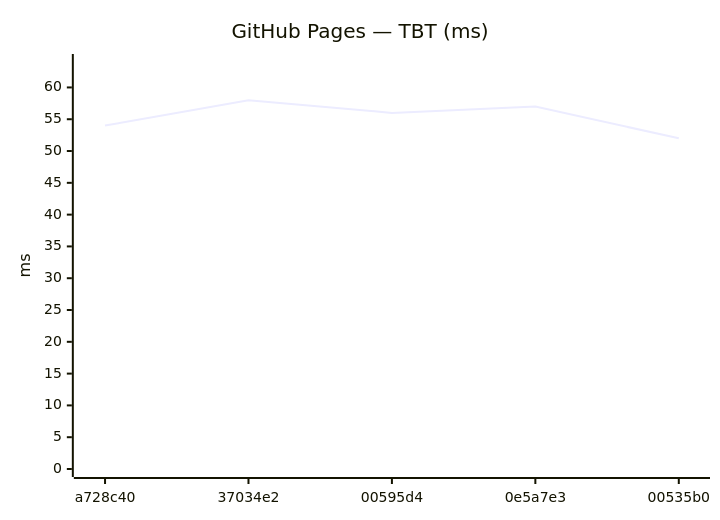
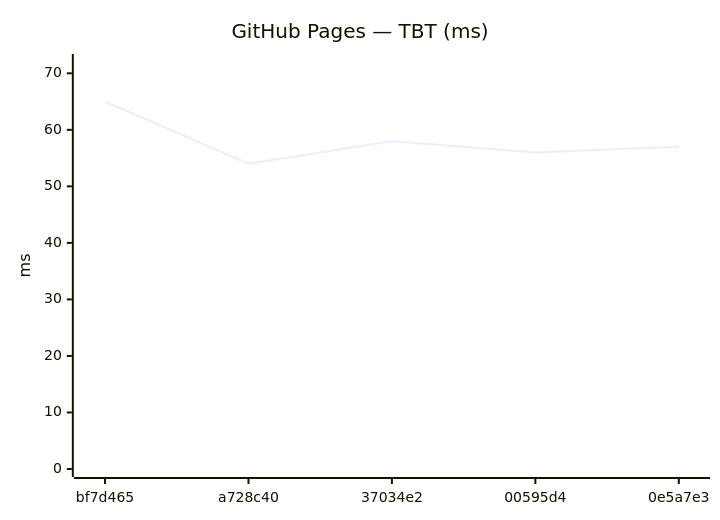
One commit to Metaheurist/Rianell changed diagram 12 of 24 in benchmarks/compare.md. Above: the diagram before and after it, drawn with Mermaid. The commit also changed other lines of this file and 12 other files, not shown here.

````diff
--- a/benchmarks/compare.md
+++ b/benchmarks/compare.md
@@ -172,7 +176,7 @@
 ```mermaid
 xychart-beta
     title "GitHub Pages — TBT (ms)"
-    x-axis ["a728c40", "37034e2", "00595d4", "0e5a7e3", "00535b0"]
-    y-axis "ms" 0 --> 64
-    line [54, 58, 56, 57, 52]
+    x-axis ["bf7d465", "a728c40", "37034e2", "00595d4", "0e5a7e3"]
+    y-axis "ms" 0 --> 72
+    line [65, 54, 58, 56, 57]
 ```
````
